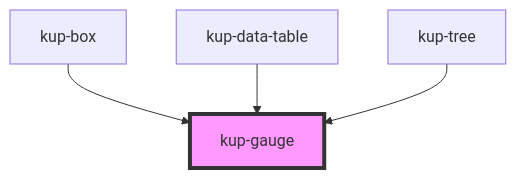
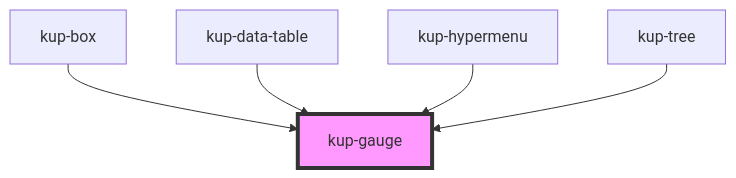
Before and after one commit to smeup/ketch.up: the diagram in packages/ketchup/src/components/kup-gauge/readme.md, drawn with Mermaid. The commit also changed other lines of this file and 25 other files, not shown here.

````diff
--- a/packages/ketchup/src/components/kup-gauge/readme.md
+++ b/packages/ketchup/src/components/kup-gauge/readme.md
@@ -143,7 +144,8 @@
 ```mermaid
 graph TD;
   kup-box --> kup-gauge
   kup-data-table --> kup-gauge
+  kup-hypermenu --> kup-gauge
   kup-tree --> kup-gauge
   style kup-gauge fill:#f9f,stroke:#333,stroke-width:4px
 ```
````
